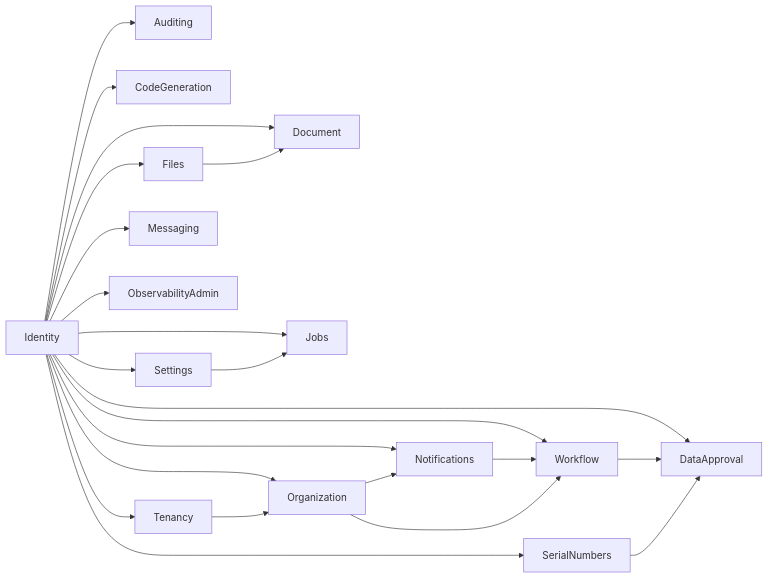
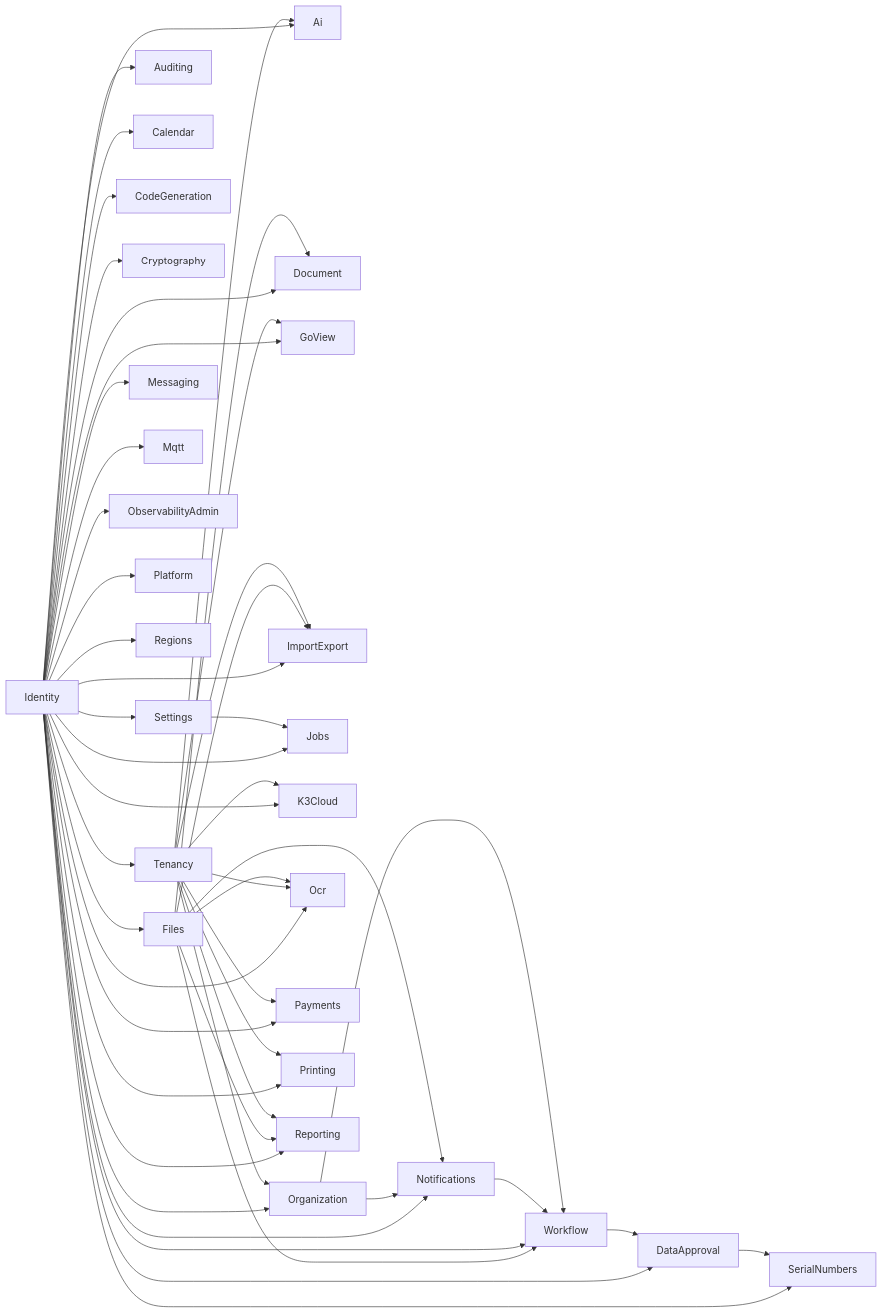
Before and after one commit to yan041108/Full.NET: the diagram in docs/operations/module-dependency-graph.mmd, drawn with Mermaid. The commit also changed 366 other files, not shown here.

```diff
--- a/docs/operations/module-dependency-graph.mmd
+++ b/docs/operations/module-dependency-graph.mmd
@@ -1,25 +1,51 @@
 %% 自动生成：pnpm run generate:module-dependency-graph
 %% 源：src/Modules/*Module.cs IFullNetModule.Dependencies
 flowchart LR
+  Identity --> Ai
+  Tenancy --> Ai
   Identity --> Auditing
+  Identity --> Calendar
   Identity --> CodeGeneration
+  Identity --> Cryptography
   Identity --> DataApproval
   Workflow --> DataApproval
-  SerialNumbers --> DataApproval
   Identity --> Document
   Files --> Document
   Identity --> Files
+  Identity --> GoView
+  Tenancy --> GoView
+  Identity --> ImportExport
+  Files --> ImportExport
+  Tenancy --> ImportExport
   Identity --> Jobs
   Settings --> Jobs
+  Identity --> K3Cloud
+  Tenancy --> K3Cloud
   Identity --> Messaging
+  Identity --> Mqtt
   Identity --> Notifications
   Organization --> Notifications
+  Files --> Notifications
   Identity --> ObservabilityAdmin
+  Identity --> Ocr
+  Tenancy --> Ocr
+  Files --> Ocr
   Identity --> Organization
   Tenancy --> Organization
+  Identity --> Payments
+  Tenancy --> Payments
+  Identity --> Platform
+  Identity --> Printing
+  Tenancy --> Printing
+  Identity --> Regions
+  Identity --> Reporting
+  Files --> Reporting
+  Tenancy --> Reporting
   Identity --> SerialNumbers
+  DataApproval --> SerialNumbers
   Identity --> Settings
   Identity --> Tenancy
+  Files --> Workflow
   Identity --> Workflow
   Notifications --> Workflow
   Organization --> Workflow
```
